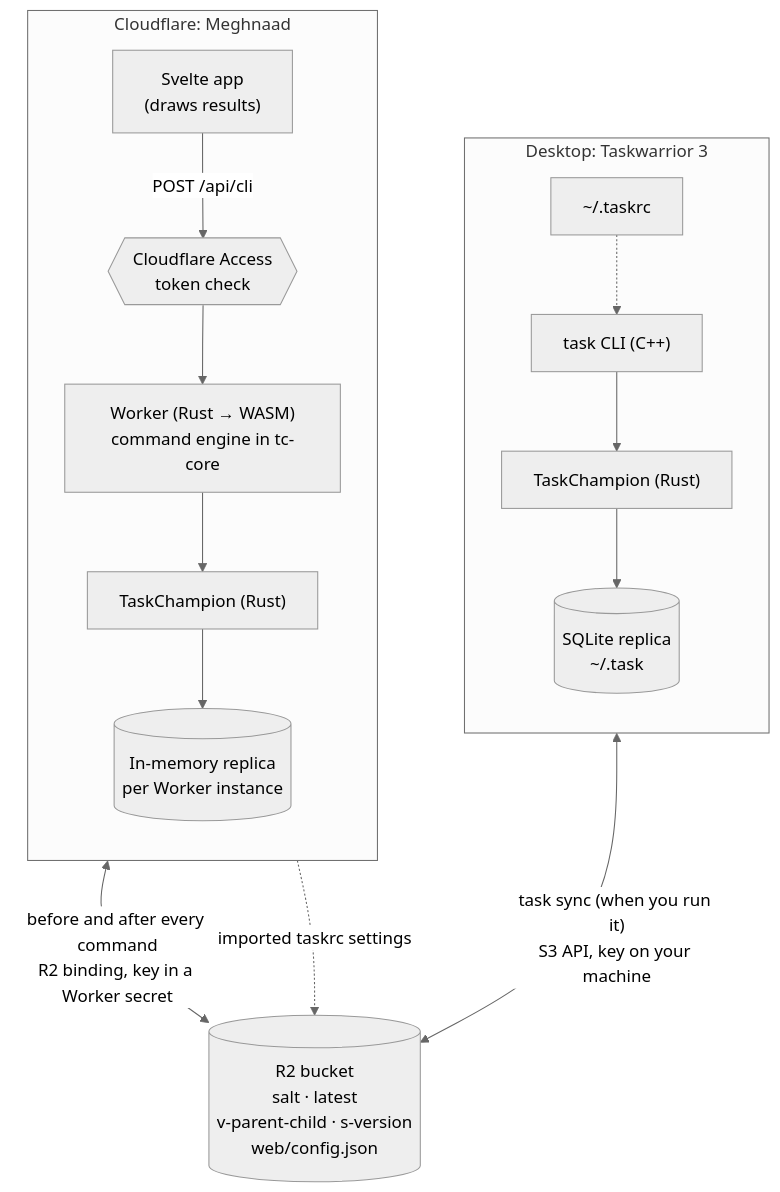
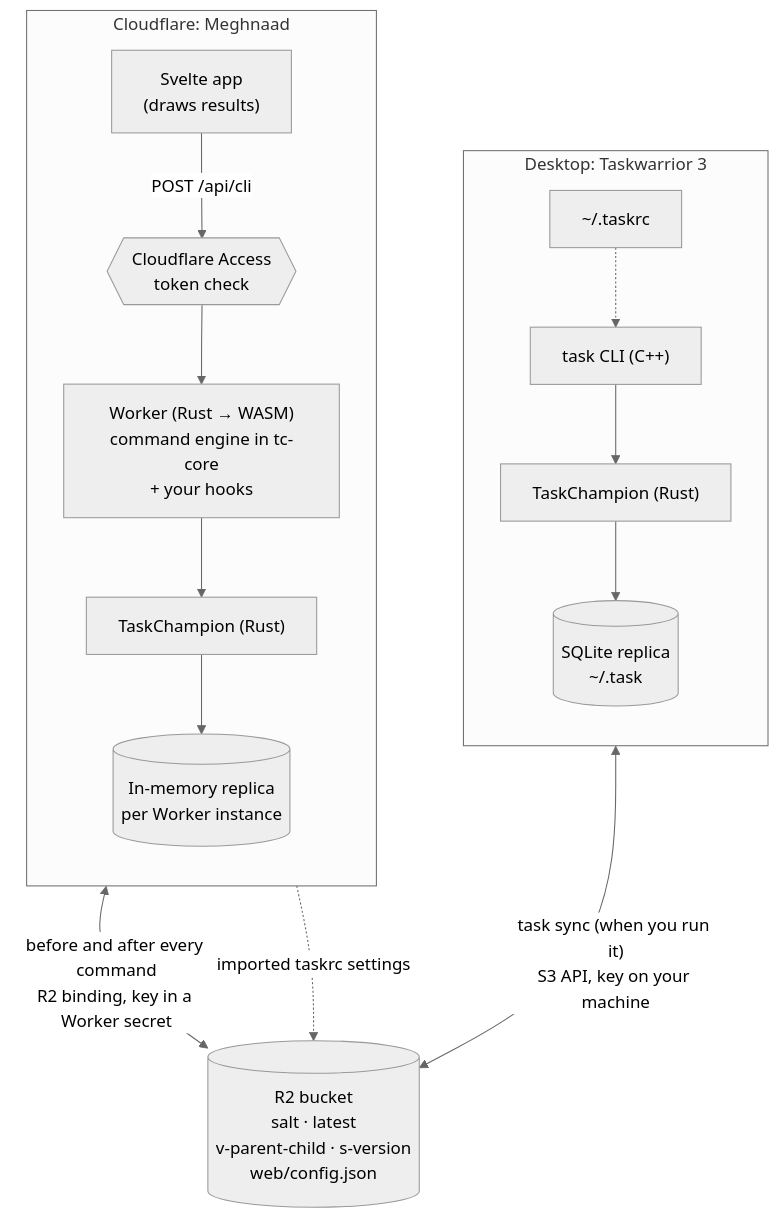
The diagram in README.md (uroybd/Meghnaad), drawn with Mermaid (neutral theme) before and after one commit. The commit also changed 1 other file, not shown here.

Commit message:
doc: use one architecture diagram in the README and the architecture guide
They had drifted into two different pictures. Both now show the same one: the
desktop `task` CLI and the Cloudflare app on either side of the R2 bucket, with
the sync directions, the Access check, the imported taskrc settings, and the
Worker's command engine plus your hooks.

Claude-Session: https://claude.ai/code/session_01NPz4mJtb6HiC1tNKyMu4az

````diff
--- a/README.md
+++ b/README.md
@@ -76,28 +76,28 @@
 ```mermaid
 flowchart TB
   subgraph desktop["Desktop: Taskwarrior 3"]
     direction TB
     cli["task CLI (C++)"]
     tcd["TaskChampion (Rust)"]
     db[("SQLite replica<br/>~/.task")]
     rc["~/.taskrc"]
     cli --> tcd --> db
     rc -.-> cli
   end
 
   subgraph web["Cloudflare: Meghnaad"]
     direction TB
     spa["Svelte app<br/>(draws results)"]
     access{{"Cloudflare Access<br/>token check"}}
-    wk["Worker (Rust → WASM)<br/>command engine in tc-core"]
+    wk["Worker (Rust → WASM)<br/>command engine in tc-core<br/>+ your hooks"]
     tcw["TaskChampion (Rust)"]
     mem[("In-memory replica<br/>per Worker instance")]
     spa -- "POST /api/cli" --> access --> wk --> tcw --> mem
   end
 
   bucket[("R2 bucket<br/>salt · latest<br/>v-parent-child · s-version<br/>web/config.json")]
 
   tcd <-- "task sync (when you run it)<br/>S3 API, key on your machine" --> bucket
   tcw <-- "before and after every command<br/>R2 binding, key in a Worker secret" --> bucket
   wk -. "imported taskrc settings" .-> bucket
 ```
````
